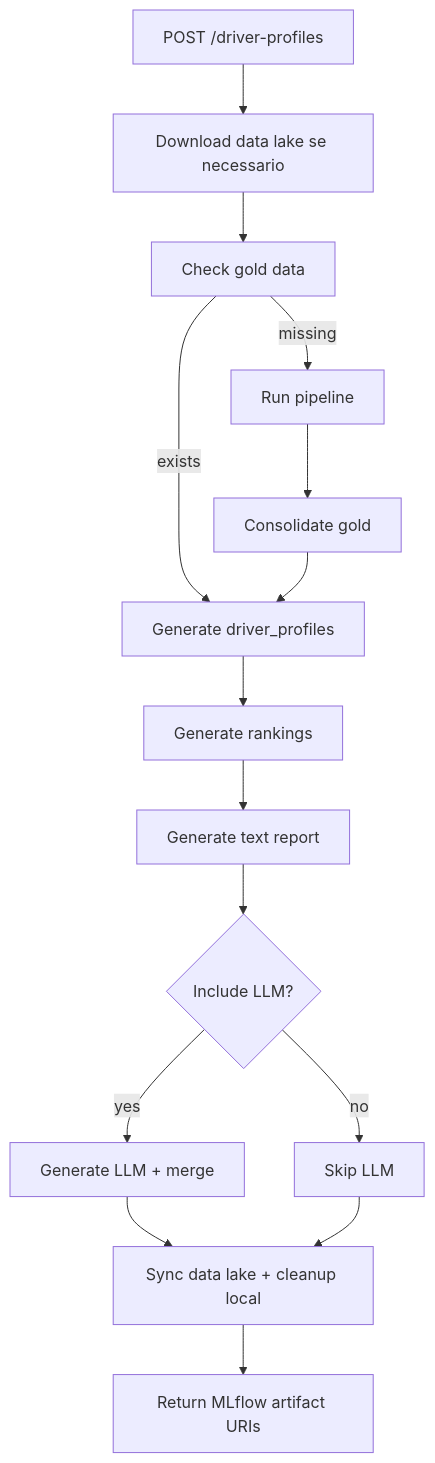
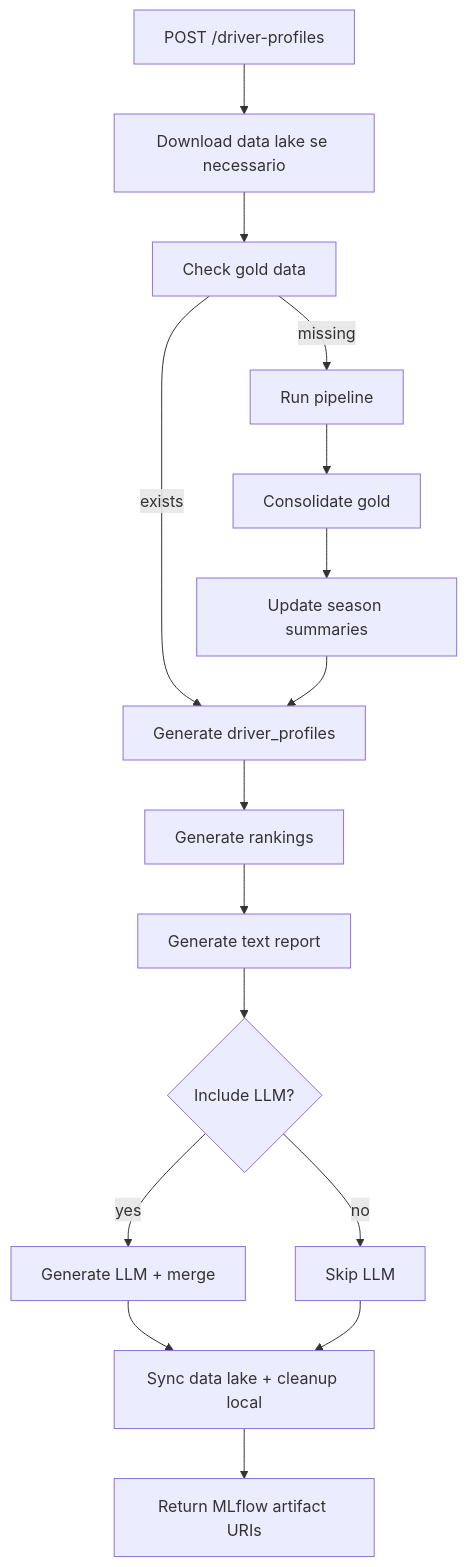
One commit to cwgbittencourt/F1.OpenF1.DatasetBuilder changed the second of 5 diagrams in F1.OpenF1.DatasetBuilder/Doc/documentacao_sistema.md. Above: the diagram before and after it, drawn with Mermaid. The commit also changed other lines of this file and 640 other files, not shown here.

````diff
--- a/F1.OpenF1.DatasetBuilder/Doc/documentacao_sistema.md
+++ b/F1.OpenF1.DatasetBuilder/Doc/documentacao_sistema.md
@@ -77,17 +78,18 @@
 ```mermaid
 flowchart TD
   A[POST /driver-profiles] --> B[Download data lake se necessario]
   B --> C[Check gold data]
   C -->|missing| D[Run pipeline]
   D --> E[Consolidate gold]
-  C -->|exists| F[Generate driver_profiles]
-  E --> F
-  F --> G[Generate rankings]
-  G --> H[Generate text report]
-  H --> I{Include LLM?}
-  I -->|yes| J[Generate LLM + merge]
-  I -->|no| K[Skip LLM]
-  J --> L[Sync data lake + cleanup local]
-  K --> L
-  L --> M[Return MLflow artifact URIs]
+  E --> F[Update season summaries]
+  C -->|exists| G[Generate driver_profiles]
+  F --> G
+  G --> H[Generate rankings]
+  H --> I[Generate text report]
+  I --> J{Include LLM?}
+  J -->|yes| K[Generate LLM + merge]
+  J -->|no| L[Skip LLM]
+  K --> M[Sync data lake + cleanup local]
+  L --> M
+  M --> N[Return MLflow artifact URIs]
 ```
````
